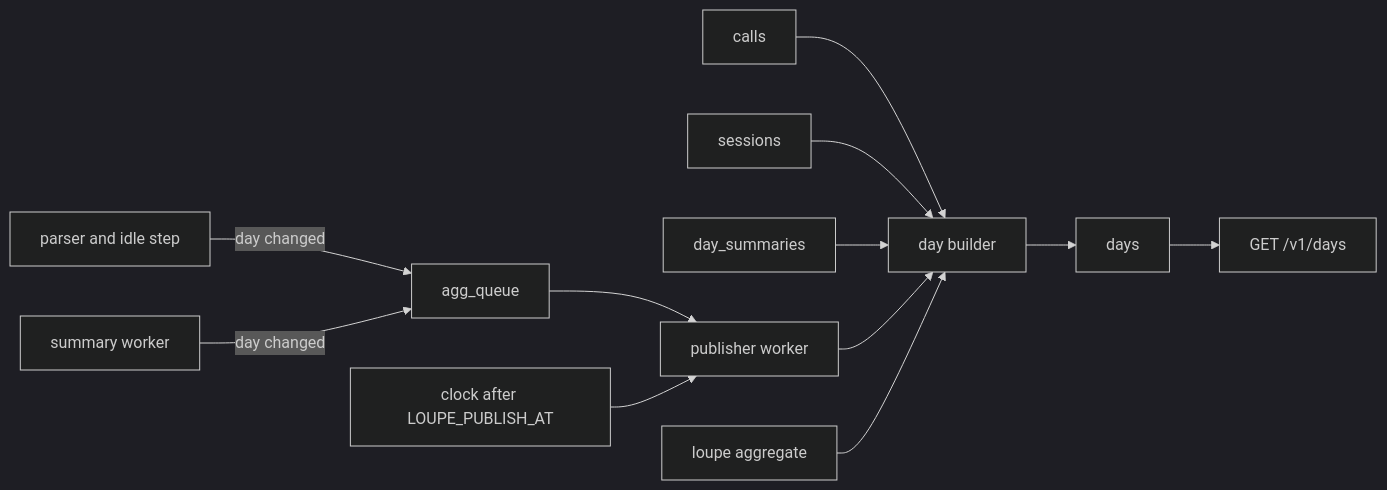
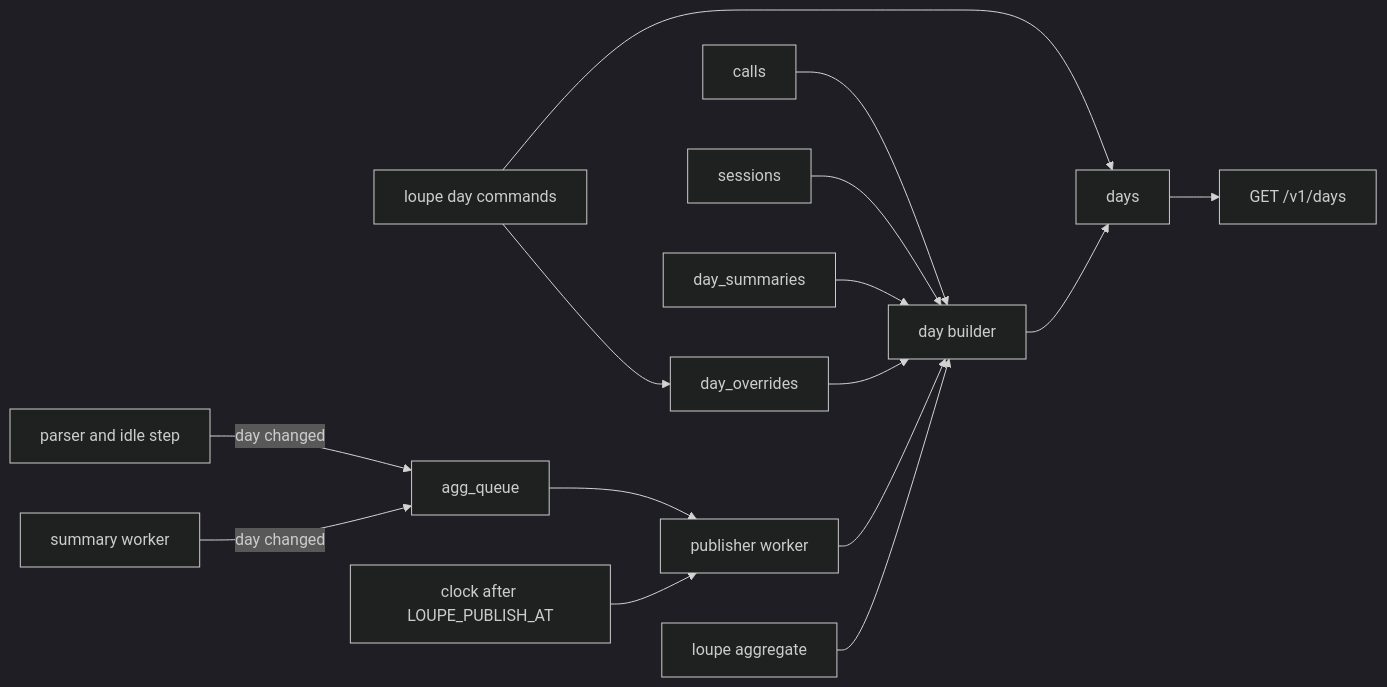
The second of 4 diagrams in docs/cr/CR-0007-day-publishing-and-public-api.md (desek/agentloupe), drawn with Mermaid (dark theme) before and after one commit. The commit also changed other lines of this file, not shown here.

````diff
--- a/docs/cr/CR-0007-day-publishing-and-public-api.md
+++ b/docs/cr/CR-0007-day-publishing-and-public-api.md
@@ -67,12 +67,13 @@
 ```mermaid
 flowchart LR
-    C[calls] & S[sessions] & DL[day_summaries] --> B[day builder]
+    C[calls] & S[sessions] & DL[day_summaries] & OV[day_overrides] --> B[day builder]
+    DAY["loupe day commands"] --> OV & D
     P[parser and idle step] -->|day changed| Q[agg_queue]
     SW[summary worker] -->|day changed| Q
     Q --> PUB[publisher worker]
     CLK["clock after LOUPE_PUBLISH_AT"] --> PUB
     PUB --> B
     AGG["loupe aggregate"] --> B
     B --> D[days]
     D --> API["GET /v1/days"]
 ```
````
